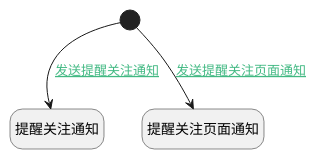
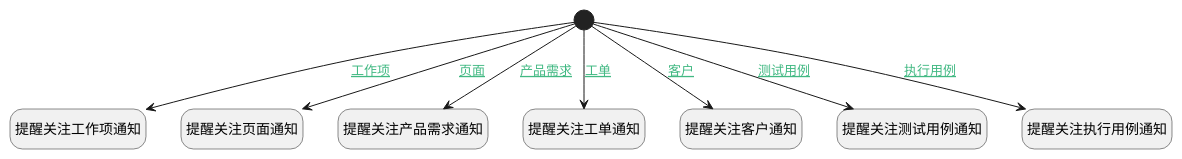
The diagram in doc/docsify/module/Base/attention/logic/after_create_notify.md (iBizLab/plm), drawn with PlantUML before and after one commit. The commit also changed other lines of this file and 2344 other files, not shown here.

````diff
--- a/doc/docsify/module/Base/attention/logic/after_create_notify.md
+++ b/doc/docsify/module/Base/attention/logic/after_create_notify.md
@@ -7,21 +7,31 @@
 ```plantuml
 @startuml
 hide empty description
 <style>
 root {
   HyperlinkColor #42b983
 }
 </style>
 
 hide empty description
 state "开始" as Begin <<start>> [[$./after_create_notify#begin {"开始"}]]
-state "提醒关注通知" as DENOTIFY1  [[$./after_create_notify#denotify1 {"提醒关注通知"}]]
+state "提醒关注工作项通知" as DENOTIFY1  [[$./after_create_notify#denotify1 {"提醒关注工作项通知"}]]
 state "提醒关注页面通知" as DENOTIFY2  [[$./after_create_notify#denotify2 {"提醒关注页面通知"}]]
+state "提醒关注产品需求通知" as DENOTIFY3  [[$./after_create_notify#denotify3 {"提醒关注产品需求通知"}]]
+state "提醒关注工单通知" as DENOTIFY4  [[$./after_create_notify#denotify4 {"提醒关注工单通知"}]]
+state "提醒关注客户通知" as DENOTIFY5  [[$./after_create_notify#denotify5 {"提醒关注客户通知"}]]
+state "提醒关注测试用例通知" as DENOTIFY6  [[$./after_create_notify#denotify6 {"提醒关注测试用例通知"}]]
+state "提醒关注执行用例通知" as DENOTIFY7  [[$./after_create_notify#denotify7 {"提醒关注执行用例通知"}]]
 
 
-Begin --> DENOTIFY1 : [[$./after_create_notify#begin-denotify1{发送提醒关注通知} 发送提醒关注通知]]
-Begin --> DENOTIFY2 : [[$./after_create_notify#begin-denotify2{发送提醒关注页面通知} 发送提醒关注页面通知]]
+Begin --> DENOTIFY1 : [[$./after_create_notify#begin-denotify1{工作项} 工作项]]
+Begin --> DENOTIFY2 : [[$./after_create_notify#begin-denotify2{页面} 页面]]
+Begin --> DENOTIFY3 : [[$./after_create_notify#begin-denotify3{产品需求} 产品需求]]
+Begin --> DENOTIFY4 : [[$./after_create_notify#begin-denotify4{工单} 工单]]
+Begin --> DENOTIFY5 : [[$./after_create_notify#begin-denotify5{客户} 客户]]
+Begin --> DENOTIFY6 : [[$./after_create_notify#begin-denotify6{测试用例} 测试用例]]
+Begin --> DENOTIFY7 : [[$./after_create_notify#begin-denotify7{执行用例} 执行用例]]
 
 
 @enduml
 ```
````
